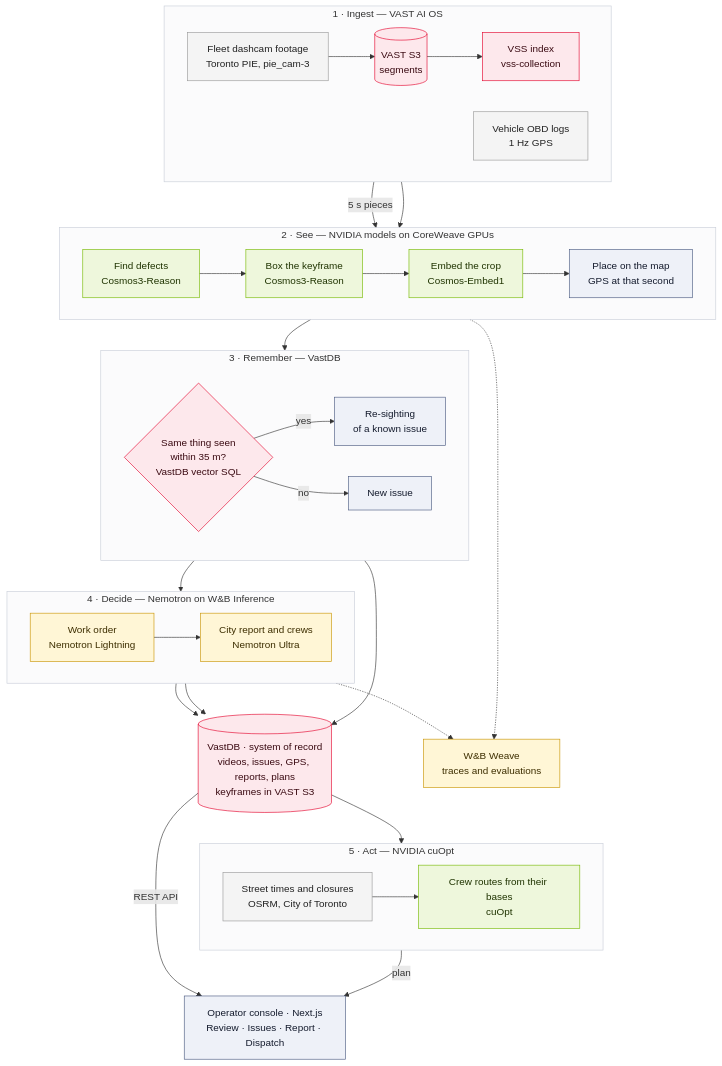
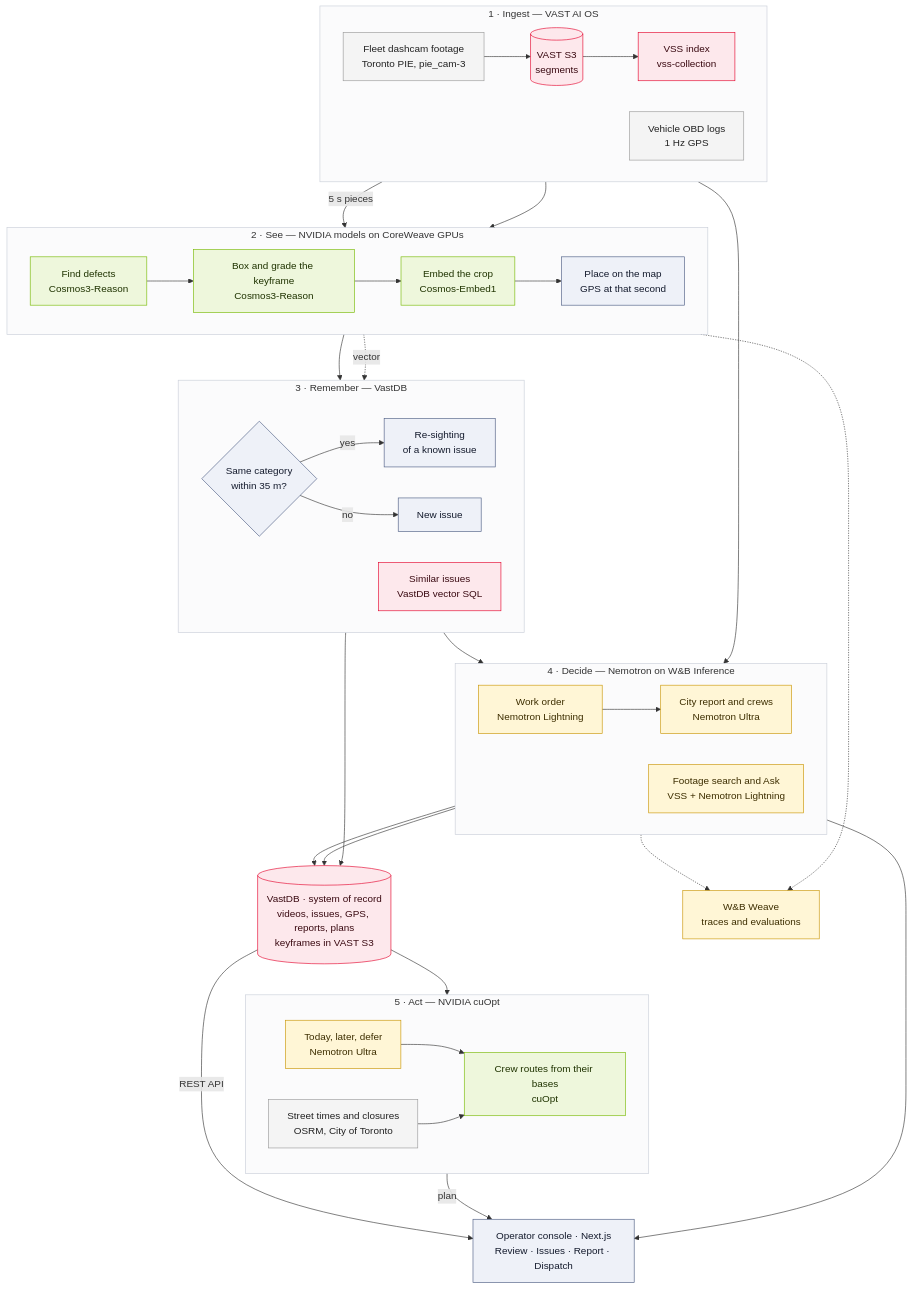
Before and after one commit to Harrishayy/RAIghtway: the diagram in README.md, drawn with Mermaid. The commit also changed other lines of this file and 14 other files, not shown here.

````diff
--- a/README.md
+++ b/README.md
@@ -85,63 +110,69 @@
 ```mermaid
 flowchart TB
   subgraph INGEST["1 · Ingest — VAST AI OS"]
     direction LR
     PIE["Fleet dashcam footage<br/>Toronto PIE, pie_cam-3"] --> S3[("VAST S3<br/>segments")] --> VSS["VSS index<br/>vss-collection"]
     GPS["Vehicle OBD logs<br/>1 Hz GPS"]
   end
 
   subgraph SEE["2 · See — NVIDIA models on CoreWeave GPUs"]
     direction LR
-    FIND["Find defects<br/>Cosmos3-Reason"] --> BOX["Box the keyframe<br/>Cosmos3-Reason"] --> EMBED["Embed the crop<br/>Cosmos-Embed1"] --> PLACE["Place on the map<br/>GPS at that second"]
+    FIND["Find defects<br/>Cosmos3-Reason"] --> BOX["Box and grade the keyframe<br/>Cosmos3-Reason"] --> EMBED["Embed the crop<br/>Cosmos-Embed1"] --> PLACE["Place on the map<br/>GPS at that second"]
   end
 
   subgraph REMEMBER["3 · Remember — VastDB"]
     direction LR
-    DEDUPE{"Same thing seen<br/>within 35 m?<br/>VastDB vector SQL"}
+    DEDUPE{"Same category<br/>within 35 m?"}
+    SIMILAR["Similar issues<br/>VastDB vector SQL"]
     DEDUPE -- "yes" --> RESIGHT["Re-sighting<br/>of a known issue"]
     DEDUPE -- "no" --> NEW["New issue"]
   end
 
   subgraph DECIDE["4 · Decide — Nemotron on W&B Inference"]
     direction LR
     ORDER["Work order<br/>Nemotron Lightning"] --> REPORT["City report and crews<br/>Nemotron Ultra"]
+    SEARCH["Footage search and Ask<br/>VSS + Nemotron Lightning"]
   end
 
   subgraph ACT["5 · Act — NVIDIA cuOpt"]
     direction LR
-    ROADS["Street times and closures<br/>OSRM, City of Toronto"] --> PLAN["Crew routes from their bases<br/>cuOpt"]
+    TRIAGE["Today, later, defer<br/>Nemotron Ultra"] --> PLAN["Crew routes from their bases<br/>cuOpt"]
+    ROADS["Street times and closures<br/>OSRM, City of Toronto"] --> PLAN
   end
 
   DB[("VastDB · system of record<br/>videos, issues, GPS, reports, plans<br/>keyframes in VAST S3")]
   UI["Operator console · Next.js<br/>Review · Issues · Report · Dispatch"]
   WEAVE["W&B Weave<br/>traces and evaluations"]
 
   VSS -- "5 s pieces" --> FIND
   GPS --> PLACE
   PLACE --> DEDUPE
   NEW --> ORDER
   RESIGHT --> DB
   ORDER --> DB
   REPORT --> DB
-  DB --> PLAN
+  EMBED -.->|vector| SIMILAR
+  VSS --> SEARCH
+  SEARCH --> UI
+  DB --> TRIAGE
   DB -- "REST API" --> UI
   PLAN -- "plan" --> UI
   SEE -.-> WEAVE
   DECIDE -.-> WEAVE
 
   classDef vast fill:#fde8ec,stroke:#E4002B,color:#3a0a12
   classDef nvidia fill:#eef7dc,stroke:#76B900,color:#1f3300
   classDef wandb fill:#fff6d6,stroke:#C99400,color:#3d2e00
   classDef app fill:#eef1f8,stroke:#4a5a80,color:#141b2d
   classDef ext fill:#f4f4f4,stroke:#999,color:#222
-  class S3,VSS,DEDUPE,DB vast
+  class S3,VSS,SIMILAR,DB vast
   class FIND,BOX,EMBED,PLAN nvidia
-  class ORDER,REPORT,WEAVE wandb
-  class RESIGHT,NEW,PLACE,UI app
+  class ORDER,REPORT,SEARCH,TRIAGE,WEAVE wandb
+  class DEDUPE,RESIGHT,NEW,PLACE,UI app
   class PIE,GPS,ROADS ext
   style INGEST fill:#fbfbfc,stroke:#c9ced8
   style SEE fill:#fbfbfc,stroke:#c9ced8
   style REMEMBER fill:#fbfbfc,stroke:#c9ced8
   style DECIDE fill:#fbfbfc,stroke:#c9ced8
   style ACT fill:#fbfbfc,stroke:#c9ced8
 ```
````
